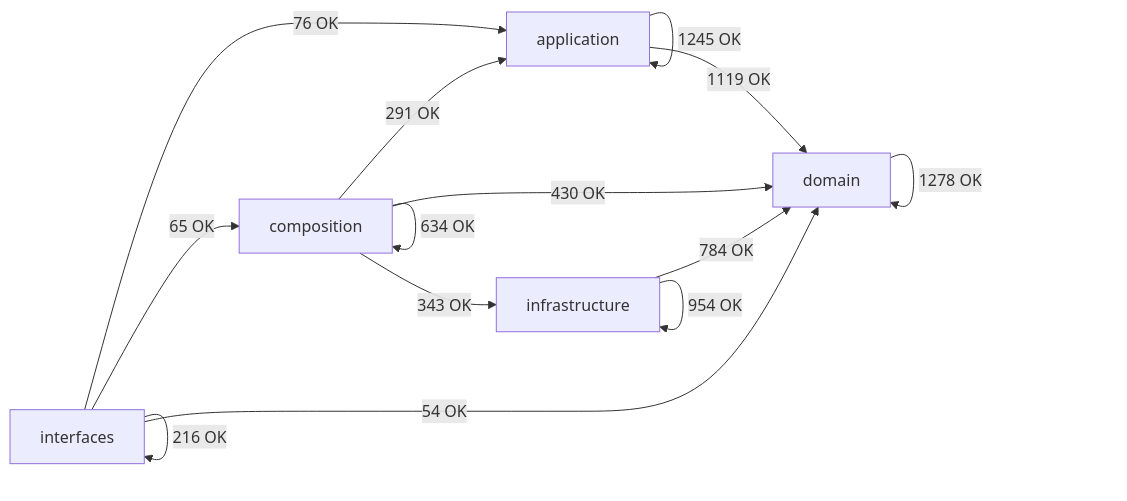
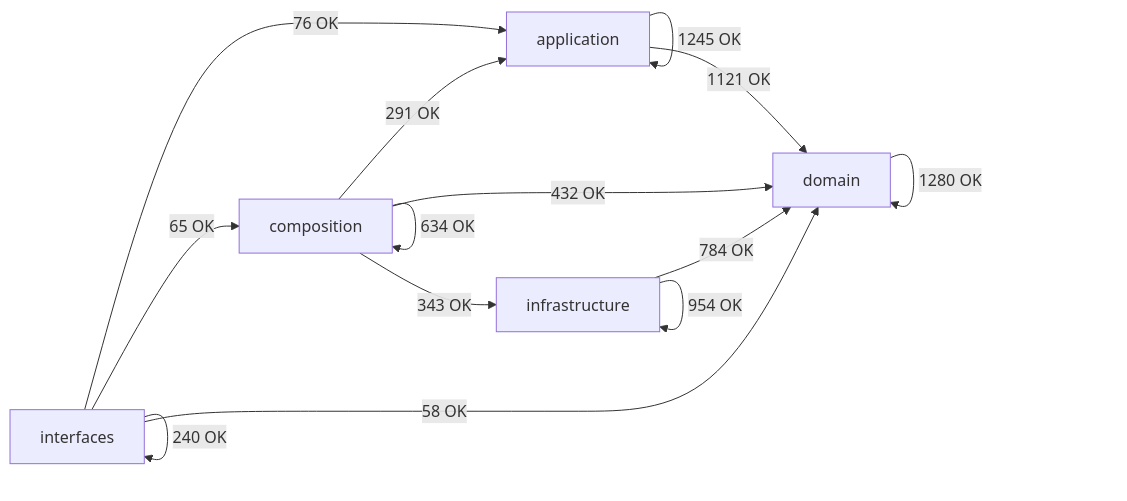
Before and after one commit to SatoryKono/BioactivityDataAcquisition: the diagram in docs/02-architecture/generated/module-dependency-map.md, drawn with Mermaid. The commit also changed other lines of this file and 29 other files, not shown here.

````diff
--- a/docs/02-architecture/generated/module-dependency-map.md
+++ b/docs/02-architecture/generated/module-dependency-map.md
@@ -17,21 +17,21 @@
 ```mermaid
 flowchart LR
     domain[domain]
     application[application]
     infrastructure[infrastructure]
     composition[composition]
     interfaces[interfaces]
     application -->|1245 OK| application
-    application -->|1119 OK| domain
+    application -->|1121 OK| domain
     composition -->|291 OK| application
     composition -->|634 OK| composition
-    composition -->|430 OK| domain
+    composition -->|432 OK| domain
     composition -->|343 OK| infrastructure
-    domain -->|1278 OK| domain
+    domain -->|1280 OK| domain
     infrastructure -->|784 OK| domain
     infrastructure -->|954 OK| infrastructure
     interfaces -->|76 OK| application
     interfaces -->|65 OK| composition
-    interfaces -->|54 OK| domain
-    interfaces -->|216 OK| interfaces
+    interfaces -->|58 OK| domain
+    interfaces -->|240 OK| interfaces
 ```
````
